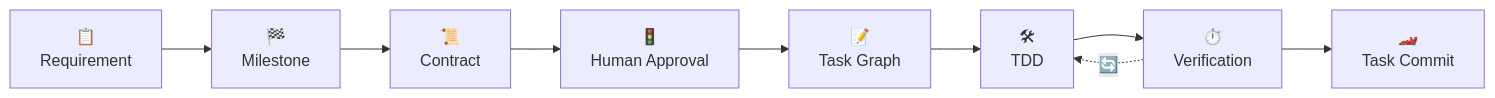
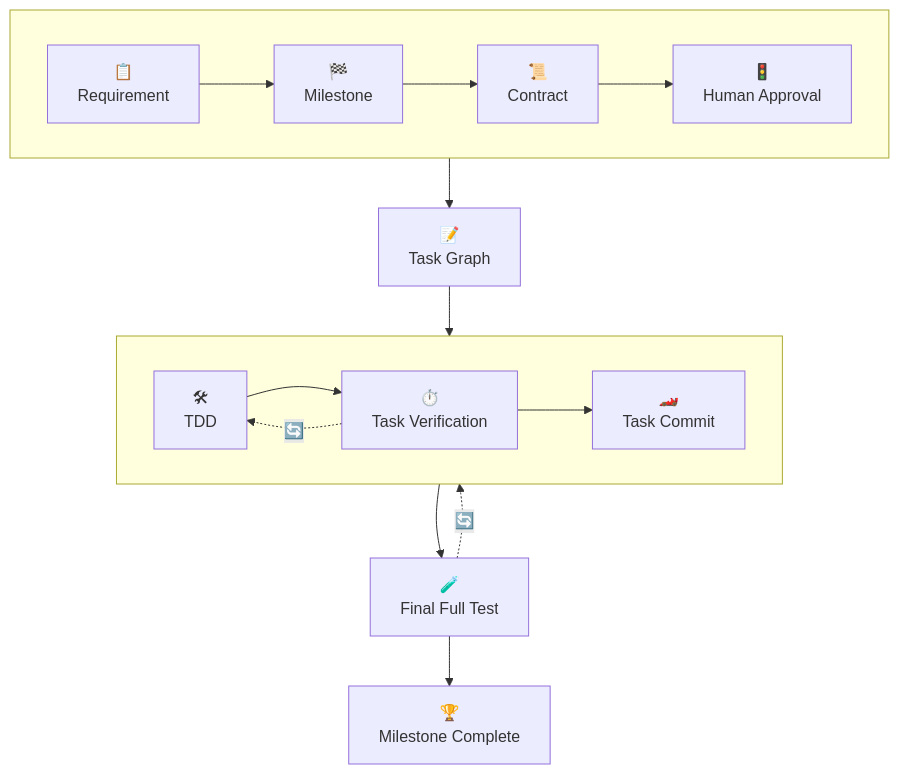
Before and after one commit to thixpin/pitway: the diagram in README.md, drawn with Mermaid. The commit also changed other lines of this file, not shown here.

````diff
--- a/README.md
+++ b/README.md
@@ -20,11 +20,27 @@
 ```mermaid
-flowchart LR
-    A["📋<br/>Requirement"] --> B["🏁<br/>Milestone"]
-    B --> C["📜<br/>Contract"]
-    C --> D["🚦<br/>Human Approval"]
-    D --> E["📝<br/>Task Graph"]
-    E --> F["🛠<br/>TDD"]
-    F --> G["⏱️<br/>Verification"]
-    G --> H["🏎️<br/>Task Commit"]
+flowchart TD
+
+    subgraph PLAN[" "]
+        direction LR
+        A["📋<br/>Requirement"] --> B["🏁<br/>Milestone"]
+        B --> C["📜<br/>Contract"]
+        C --> D["🚦<br/>Human Approval"]
+    end
+
+    PLAN --> E["📝<br/>Task Graph"]
+
+    subgraph EXECUTE[" "]
+        direction LR
+        F["🛠<br/>TDD"]
+        F --> G["⏱️<br/>Task Verification"]
+        G --> H["🏎️<br/>Task Commit"]
+    end
+
+    EXECUTE --> I["🧪<br/>Final Full Test"] 
+    I --> J["🏆<br/>Milestone Complete"]
+
+
     G -. 🔄 .-> F
+    E --> EXECUTE
+    I -. 🔄 .-> EXECUTE
 ```
````
